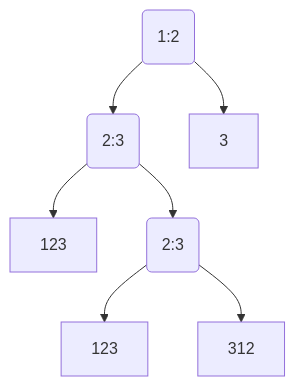
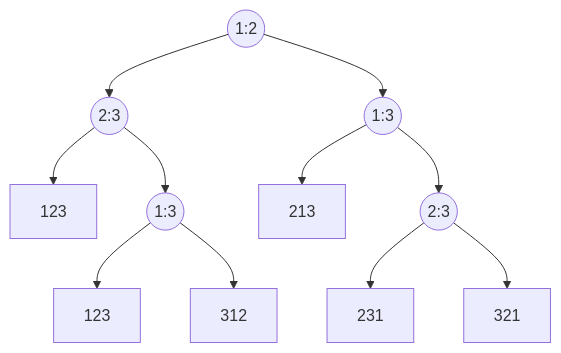
One commit to Jasper-1024/algorithms changed the diagram in 总结/排序和顺序统计量/基于比较排序上界.md. Above: the diagram before and after it, drawn with Mermaid. The commit also changed other lines of this file, not shown here.

````diff
--- a/总结/排序和顺序统计量/基于比较排序上界.md
+++ b/总结/排序和顺序统计量/基于比较排序上界.md
@@ -13,9 +20,13 @@
 ```mermaid
 graph TD
-1(1:2) --> 2
+1((1:2)) --> 2
 1 --> 3
-2(2:3) --> 4[123]
-2 --> 5(2:3)
-5 --> 8[123]
+2((2:3)) --> 4[123]
+2 --> 5
+5((1:3)) --> 8[123]
 5 --> 9[312]
+3((1:3)) --> 6[213]
+3 --> 7
+7((2:3)) --> 10[231]
+7 --> 11[321]
 ```
````
